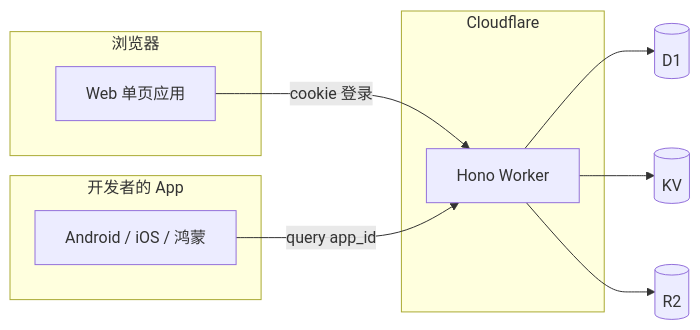
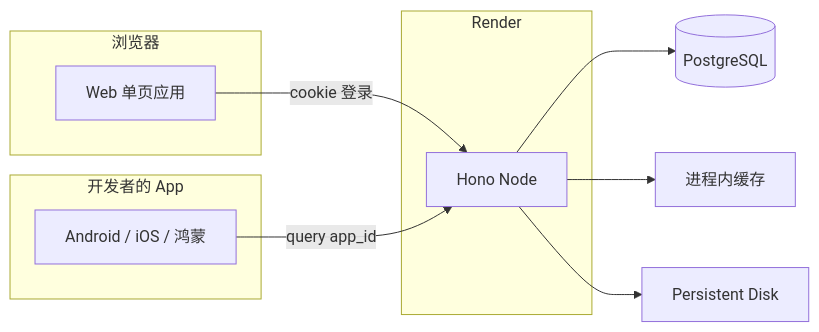
One commit to w2solo/appunion changed the first of 3 diagrams in TECH-appunions.md. Above: the diagram before and after it, drawn with Mermaid. The commit also changed other lines of this file and 40 other files, not shown here.

First line of the commit message:
Move production off Cloudflare Workers onto Render.

````diff
--- a/TECH-appunions.md
+++ b/TECH-appunions.md
@@ -29,21 +29,21 @@
 ```mermaid
 flowchart LR
   subgraph browser [浏览器]
     Web[Web 单页应用]
   end
   subgraph host [开发者的 App]
     Native[Android / iOS / 鸿蒙]
   end
-  subgraph cf [Cloudflare]
-    Api[Hono Worker]
+  subgraph render [Render]
+    Api[Hono Node]
   end
-  D1[(D1)]
-  KV[(KV)]
-  R2[(R2)]
+  PG[(PostgreSQL)]
+  Mem[进程内缓存]
+  Disk[Persistent Disk]
 
   Web -->|cookie 登录| Api
   Native -->|query app_id| Api
-  Api --> D1
-  Api --> KV
-  Api --> R2
+  Api --> PG
+  Api --> Mem
+  Api --> Disk
 ```
````
